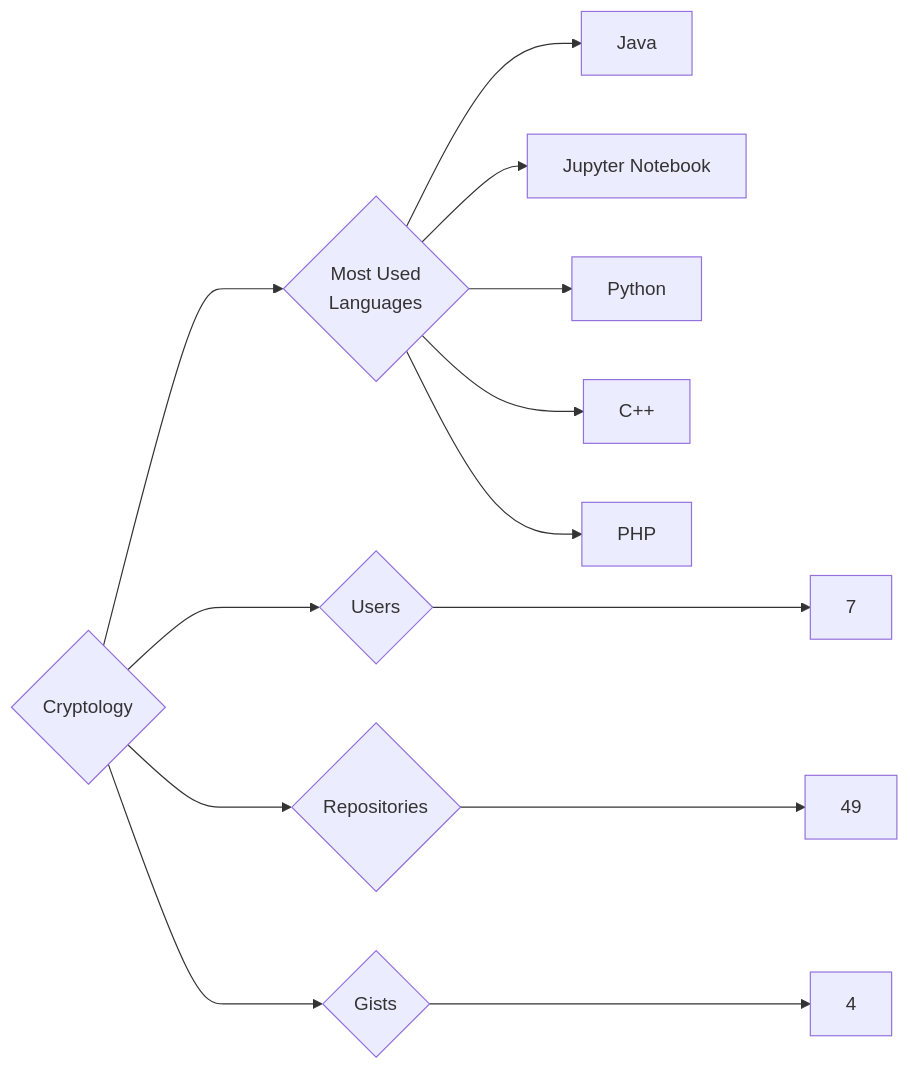
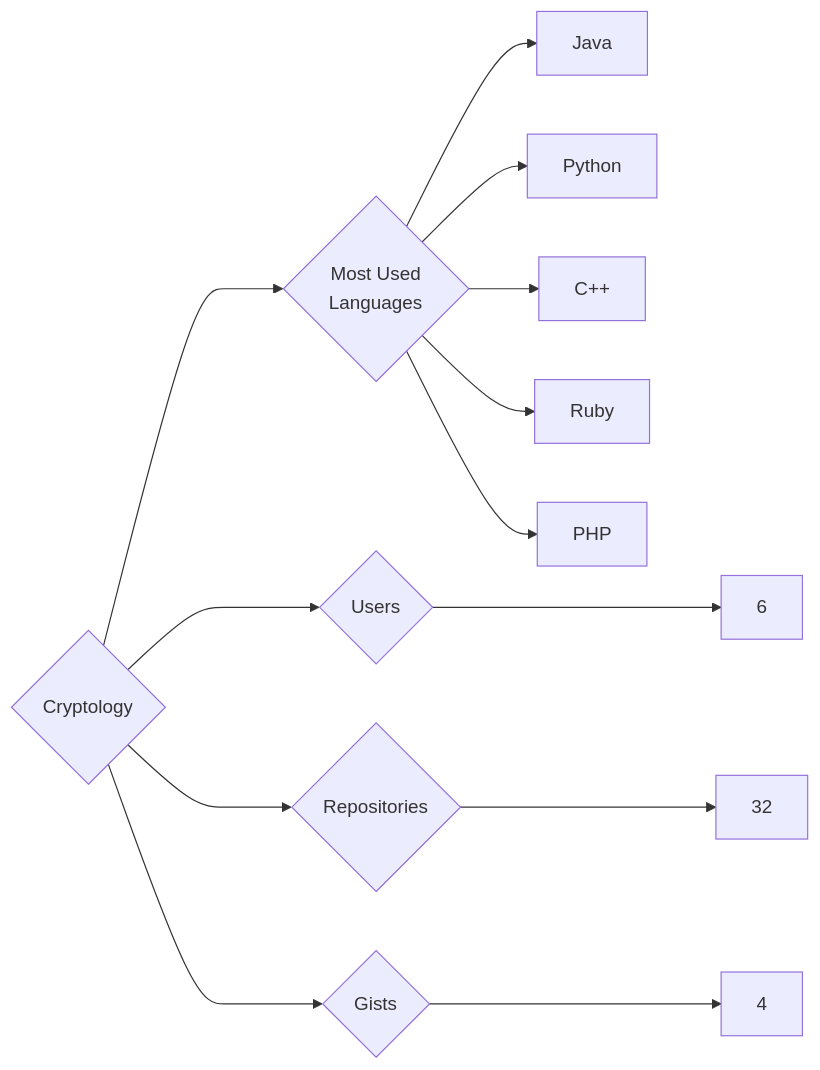
Before and after one commit to trickest/insiders: the diagram in targets/Cryptology/README.md, drawn with Mermaid. The commit also changed 1055 other files, not shown here.

````diff
--- a/targets/Cryptology/README.md
+++ b/targets/Cryptology/README.md
@@ -3,13 +3,13 @@
 ```mermaid
 graph LR
 COMPANY_NAME{Cryptology}
-COMPANY_NAME ---> U{Users} ---> UN[7]
-COMPANY_NAME ---> R{Repositories} ---> RN[49]
+COMPANY_NAME ---> U{Users} ---> UN[6]
+COMPANY_NAME ---> R{Repositories} ---> RN[32]
 COMPANY_NAME ---> G{Gists} ---> GN[4]
 COMPANY_NAME ---> ML{Most Used<br>Languages}
 ML --> Java[Java]
-ML --> Jupyter_Notebook[Jupyter Notebook]
 ML --> Python[Python]
 ML --> C++[C++]
+ML --> Ruby[Ruby]
 ML --> PHP[PHP]
 ```
````
